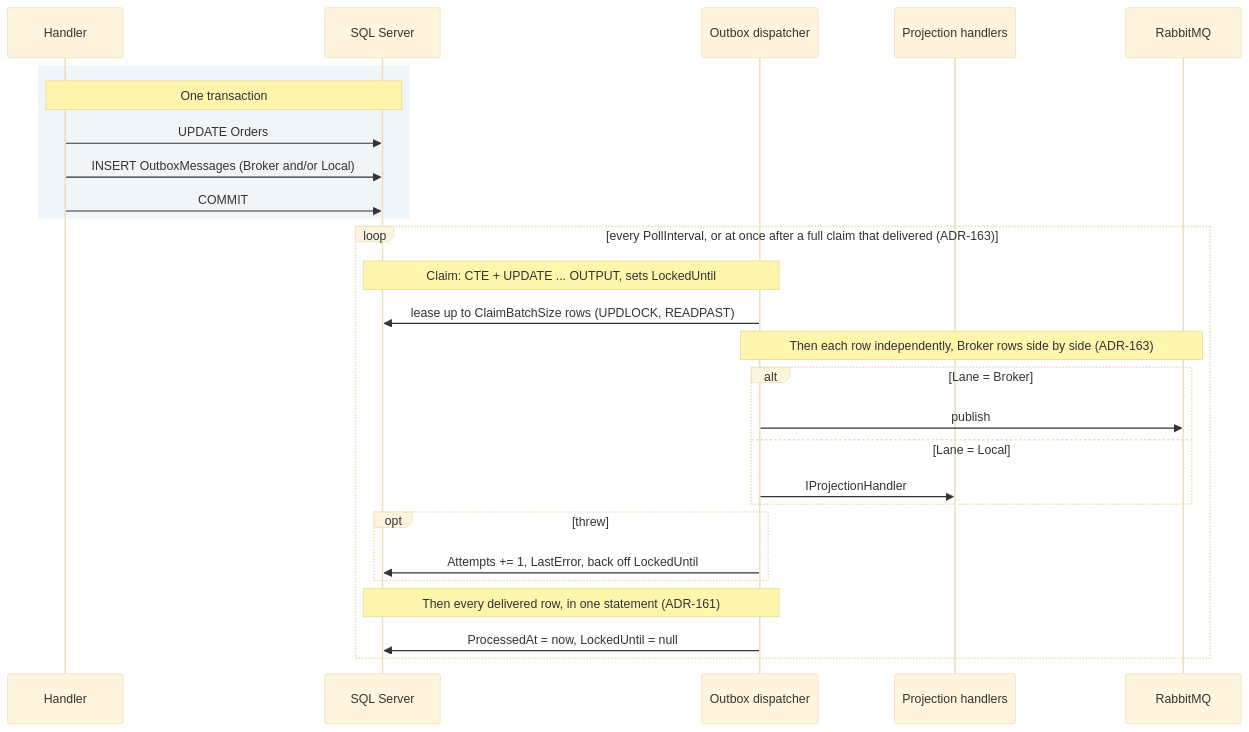
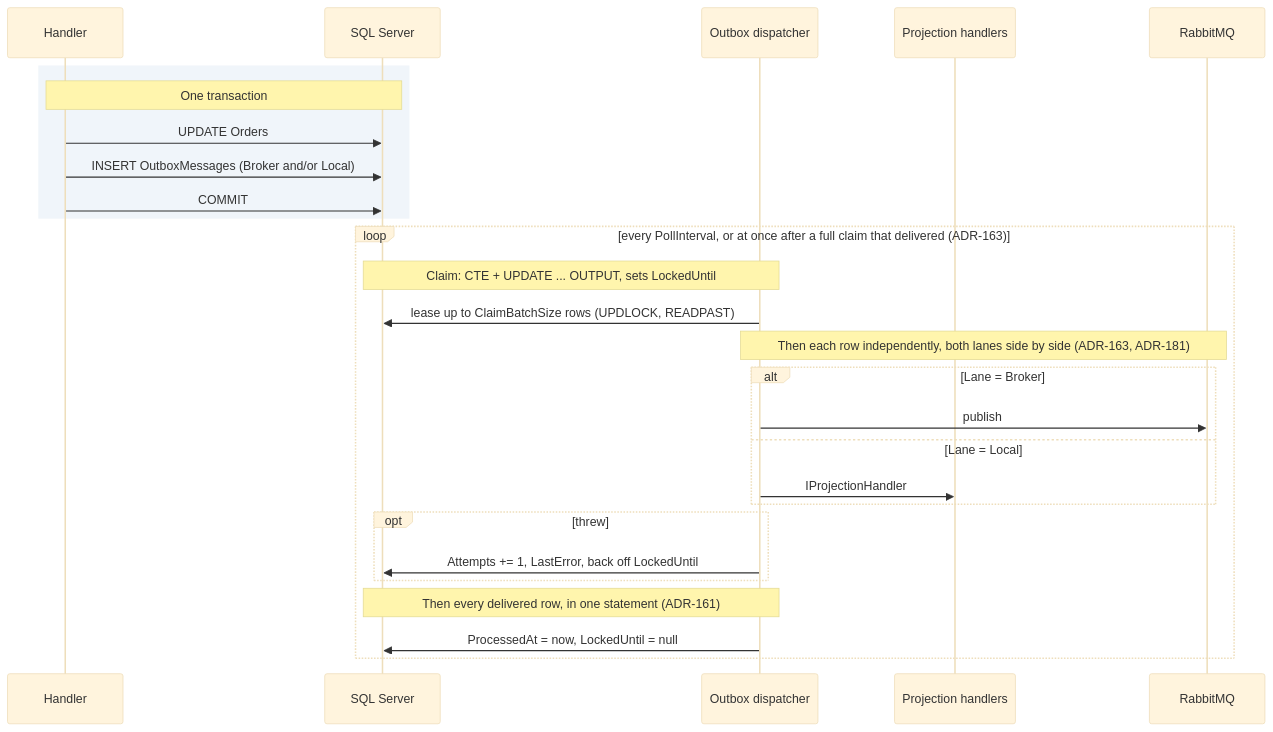
Before and after one commit to alexander-shamray/blueprint-backend: the first of 2 diagrams in docs/backend-architecture/09-messaging.md, drawn with Mermaid (base theme). The commit also changed other lines of this file and 8 other files, not shown here.

````diff
--- a/docs/backend-architecture/09-messaging.md
+++ b/docs/backend-architecture/09-messaging.md
@@ -441,34 +441,34 @@
 ```mermaid
 sequenceDiagram
     participant H as Handler
     participant DB as SQL Server
     participant D as Outbox dispatcher
     participant P as Projection handlers
     participant MQ as RabbitMQ
 
     rect rgb(240, 245, 250)
     Note over H,DB: One transaction
     H->>DB: UPDATE Orders
     H->>DB: INSERT OutboxMessages (Broker and/or Local)
     H->>DB: COMMIT
     end
 
     loop every PollInterval, or at once after a full claim that delivered (ADR-163)
         Note over D,DB: Claim: CTE + UPDATE ... OUTPUT, sets LockedUntil
         D->>DB: lease up to ClaimBatchSize rows (UPDLOCK, READPAST)
 
-        Note over D,MQ: Then each row independently, Broker rows side by side (ADR-163)
+        Note over D,MQ: Then each row independently, both lanes side by side (ADR-163, ADR-181)
         alt Lane = Broker
             D->>MQ: publish
         else Lane = Local
             D->>P: IProjectionHandler
         end
 
         opt threw
             D->>DB: Attempts += 1, LastError, back off LockedUntil
         end
 
         Note over D,DB: Then every delivered row, in one statement (ADR-161)
         D->>DB: ProcessedAt = now, LockedUntil = null
     end
 ```
````
